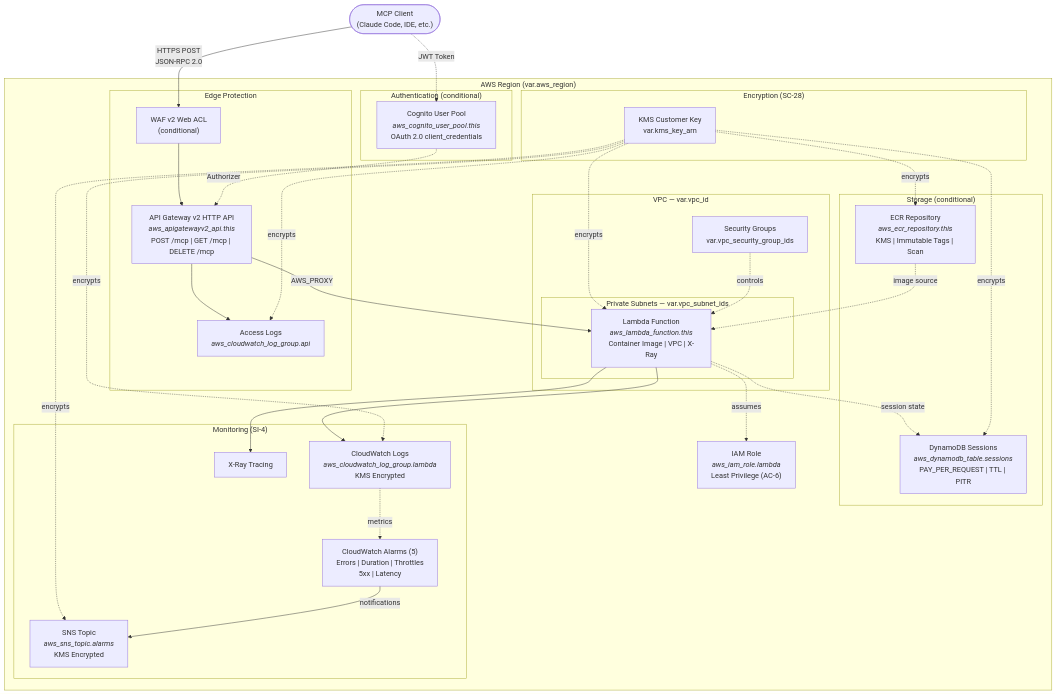
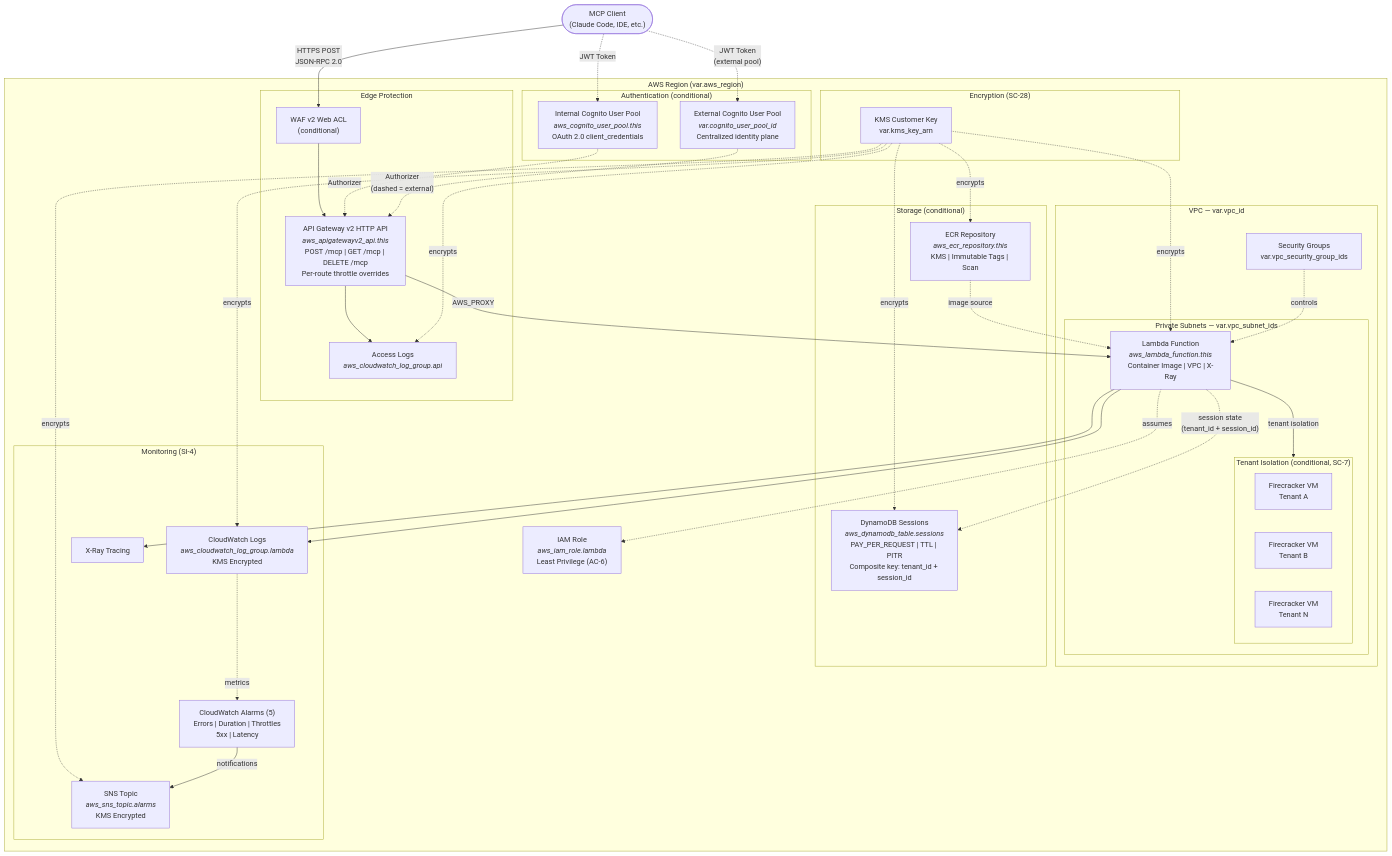
The diagram in docs/architecture/mcp-server.md (jsandov/mcp-infra), drawn with Mermaid before and after one commit. The commit also changed other lines of this file and 6 other files, not shown here.

First line of the commit message:
Update docs and architecture diagrams for multi-tenant MCP modules (#84)

````diff
--- a/docs/architecture/mcp-server.md
+++ b/docs/architecture/mcp-server.md
@@ -3,68 +3,77 @@
 ```mermaid
 flowchart TB
     Client(["MCP Client<br/>(Claude Code, IDE, etc.)"])
 
     subgraph AWS["AWS Region (var.aws_region)"]
 
         subgraph Auth["Authentication (conditional)"]
-            Cognito["Cognito User Pool<br/><i>aws_cognito_user_pool.this</i><br/>OAuth 2.0 client_credentials"]
+            CognitoInt["Internal Cognito User Pool<br/><i>aws_cognito_user_pool.this</i><br/>OAuth 2.0 client_credentials"]
+            CognitoExt["External Cognito User Pool<br/><i>var.cognito_user_pool_id</i><br/>Centralized identity plane"]
         end
 
         subgraph Edge["Edge Protection"]
             WAF["WAF v2 Web ACL<br/>(conditional)"]
-            APIGW["API Gateway v2 HTTP API<br/><i>aws_apigatewayv2_api.this</i><br/>POST /mcp | GET /mcp | DELETE /mcp"]
+            APIGW["API Gateway v2 HTTP API<br/><i>aws_apigatewayv2_api.this</i><br/>POST /mcp | GET /mcp | DELETE /mcp<br/>Per-route throttle overrides"]
             APIStageLogs["Access Logs<br/><i>aws_cloudwatch_log_group.api</i>"]
         end
 
         subgraph VPC["VPC — var.vpc_id"]
             subgraph PrivateSubnets["Private Subnets — var.vpc_subnet_ids"]
                 Lambda["Lambda Function<br/><i>aws_lambda_function.this</i><br/>Container Image | VPC | X-Ray"]
+                subgraph TenantIsolation["Tenant Isolation (conditional, SC-7)"]
+                    FC1["Firecracker VM<br/>Tenant A"]
+                    FC2["Firecracker VM<br/>Tenant B"]
+                    FCn["Firecracker VM<br/>Tenant N"]
+                end
             end
             SG["Security Groups<br/>var.vpc_security_group_ids"]
         end
 
         subgraph Encryption["Encryption (SC-28)"]
             KMS["KMS Customer Key<br/>var.kms_key_arn"]
         end
 
         subgraph Storage["Storage (conditional)"]
             ECR["ECR Repository<br/><i>aws_ecr_repository.this</i><br/>KMS | Immutable Tags | Scan"]
-            DDB["DynamoDB Sessions<br/><i>aws_dynamodb_table.sessions</i><br/>PAY_PER_REQUEST | TTL | PITR"]
+            DDB["DynamoDB Sessions<br/><i>aws_dynamodb_table.sessions</i><br/>PAY_PER_REQUEST | TTL | PITR<br/>Composite key: tenant_id + session_id"]
         end
 
         subgraph Observability["Monitoring (SI-4)"]
             CWLogs["CloudWatch Logs<br/><i>aws_cloudwatch_log_group.lambda</i><br/>KMS Encrypted"]
             XRay["X-Ray Tracing"]
             Alarms["CloudWatch Alarms (5)<br/>Errors | Duration | Throttles<br/>5xx | Latency"]
             SNS["SNS Topic<br/><i>aws_sns_topic.alarms</i><br/>KMS Encrypted"]
         end
 
         IAM["IAM Role<br/><i>aws_iam_role.lambda</i><br/>Least Privilege (AC-6)"]
     end
 
     Client -->|"HTTPS POST<br/>JSON-RPC 2.0"| WAF
     WAF --> APIGW
-    Client -.->|"JWT Token"| Cognito
-    Cognito -.->|"Authorizer"| APIGW
+    Client -.->|"JWT Token"| CognitoInt
+    Client -.->|"JWT Token<br/>(external pool)"| CognitoExt
+    CognitoInt -.->|"Authorizer"| APIGW
+    CognitoExt -.->|"Authorizer<br/>(dashed = external)"| APIGW
     APIGW -->|"AWS_PROXY"| Lambda
     APIGW --> APIStageLogs
 
+    Lambda -->|"tenant isolation"| TenantIsolation
     Lambda --> CWLogs
     Lambda --> XRay
-    Lambda -.->|"session state"| DDB
+    Lambda -.->|"session state<br/>(tenant_id + session_id)"| DDB
     Lambda -.->|"assumes"| IAM
 
     ECR -.->|"image source"| Lambda
 
     KMS -.->|"encrypts"| CWLogs
     KMS -.->|"encrypts"| Lambda
     KMS -.->|"encrypts"| DDB
     KMS -.->|"encrypts"| ECR
     KMS -.->|"encrypts"| SNS
     KMS -.->|"encrypts"| APIStageLogs
 
     SG -.->|"controls"| Lambda
 
     Alarms -->|"notifications"| SNS
     CWLogs -.->|"metrics"| Alarms
 ```
````
